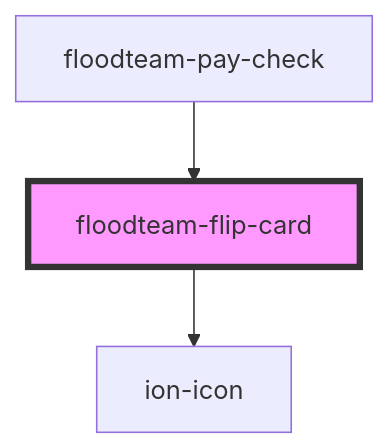
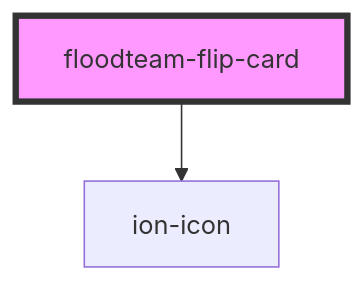
The diagram in src/components/flip-card/readme.md (FloodTeam/components), drawn with Mermaid before and after one commit. The commit also changed other lines of this file and 113 other files, not shown here.

````diff
--- a/src/components/flip-card/readme.md
+++ b/src/components/flip-card/readme.md
@@ -49,6 +45,5 @@
 ```mermaid
 graph TD;
   floodteam-flip-card --> ion-icon
-  floodteam-pay-check --> floodteam-flip-card
   style floodteam-flip-card fill:#f9f,stroke:#333,stroke-width:4px
 ```
````
